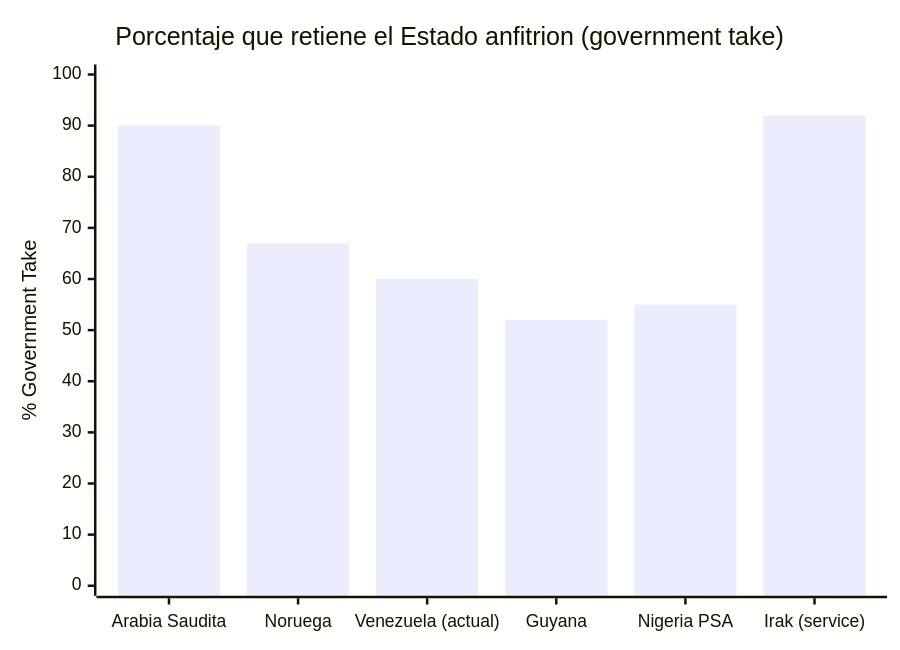
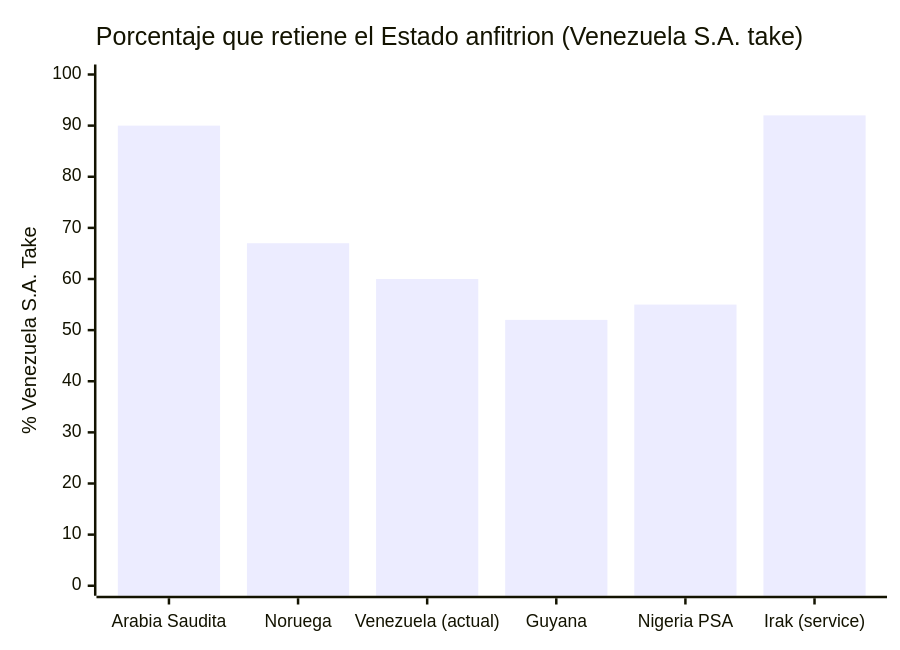
Before and after one commit to Venezuela-S-A/venezuela-sa: the diagram in docs/02-motor-financiero/contratos-forward.md, drawn with Mermaid. The commit also changed other lines of this file and 127 other files, not shown here.

````diff
--- a/docs/02-motor-financiero/contratos-forward.md
+++ b/docs/02-motor-financiero/contratos-forward.md
@@ -57,7 +57,7 @@
 ```mermaid
 xychart-beta
-    title "Porcentaje que retiene el Estado anfitrion (government take)"
+    title "Porcentaje que retiene el Estado anfitrion (Venezuela S.A. take)"
     x-axis ["Arabia Saudita", "Noruega", "Venezuela (actual)", "Guyana", "Nigeria PSA", "Irak (service)"]
-    y-axis "% Government Take" 0 --> 100
+    y-axis "% Venezuela S.A. Take" 0 --> 100
     bar [90, 67, 60, 52, 55, 92]
 ```
````
